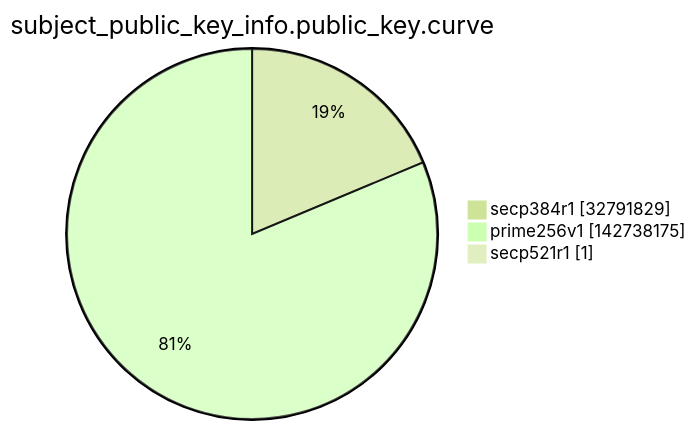
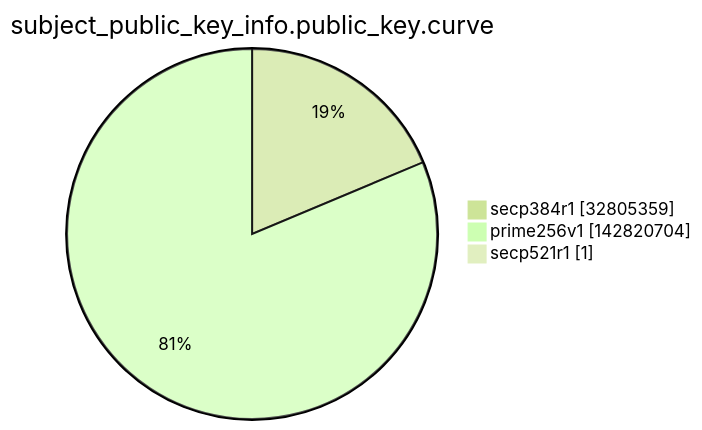
The ninth of 15 diagrams in argon2022/README.md (christiankrug/ctmonitor_visualization), drawn with Mermaid (forest theme) before and after one commit. The commit also changed other lines of this file, not shown here.

````diff
--- a/argon2022/README.md
+++ b/argon2022/README.md
@@ -2764,7 +2764,7 @@
 ```mermaid
 pie showData
 title subject_public_key_info.public_key.curve
-"secp384r1" :32791829
-"prime256v1" :142738175
+"secp384r1" :32805359
+"prime256v1" :142820704
 "secp521r1" :1
 ```
````
